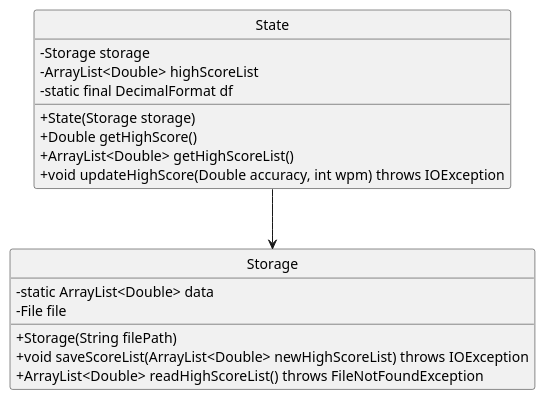
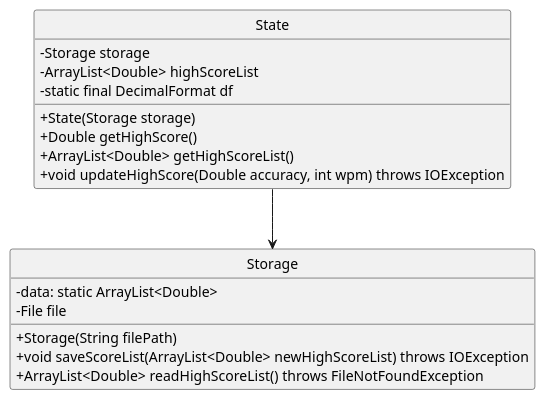
The diagram in docs/diagrams/StateClassDiagram.puml (AY2425S2-CS2113-F13-2/tp), drawn with PlantUML before and after one commit.

Commit message:
Fix class diagram

```diff
--- a/docs/diagrams/StateClassDiagram.puml
+++ b/docs/diagrams/StateClassDiagram.puml
@@ -1,24 +1,24 @@
 @startuml
 hide circle
 skinparam classAttributeIconSize 0
 
 class Storage {
-    - static ArrayList<Double> data
+    - data: static ArrayList<Double>
     - File file
     + Storage(String filePath)
     + void saveScoreList(ArrayList<Double> newHighScoreList) throws IOException
     + ArrayList<Double> readHighScoreList() throws FileNotFoundException
 }
 
 class State {
     - Storage storage
     - ArrayList<Double> highScoreList
     - static final DecimalFormat df
     + State(Storage storage)
     + Double getHighScore()
     + ArrayList<Double> getHighScoreList()
     + void updateHighScore(Double accuracy, int wpm) throws IOException
 }
 
 State --> Storage
 @enduml
```
